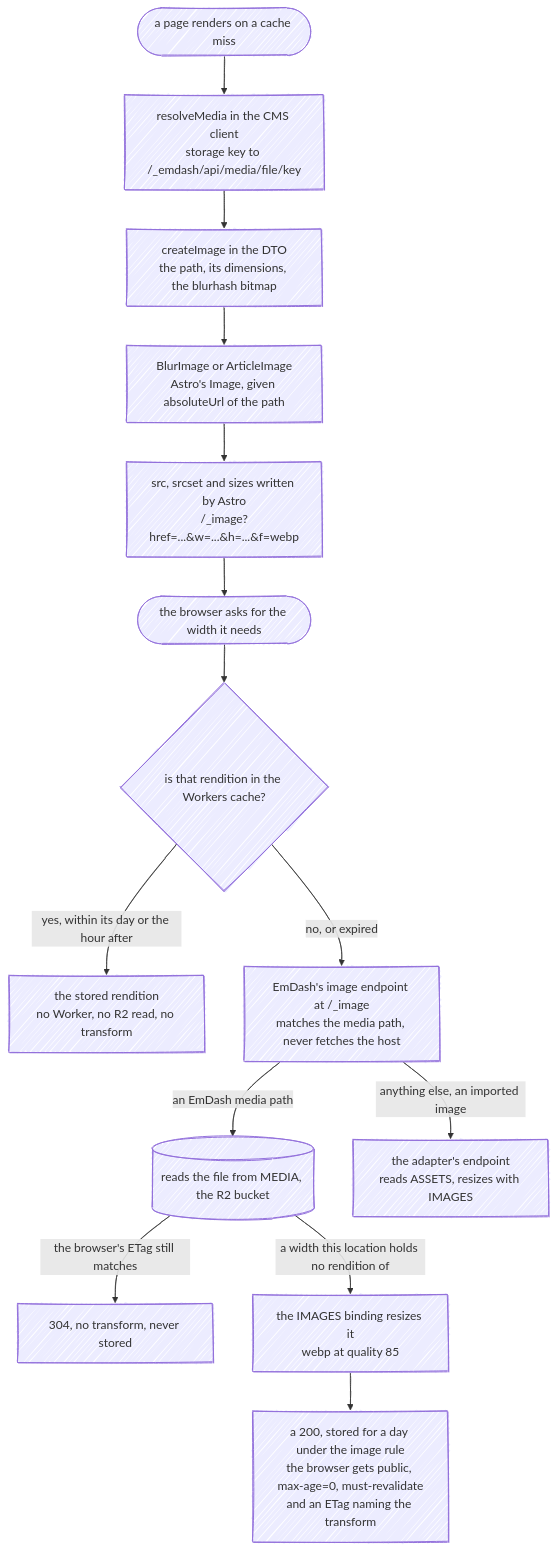
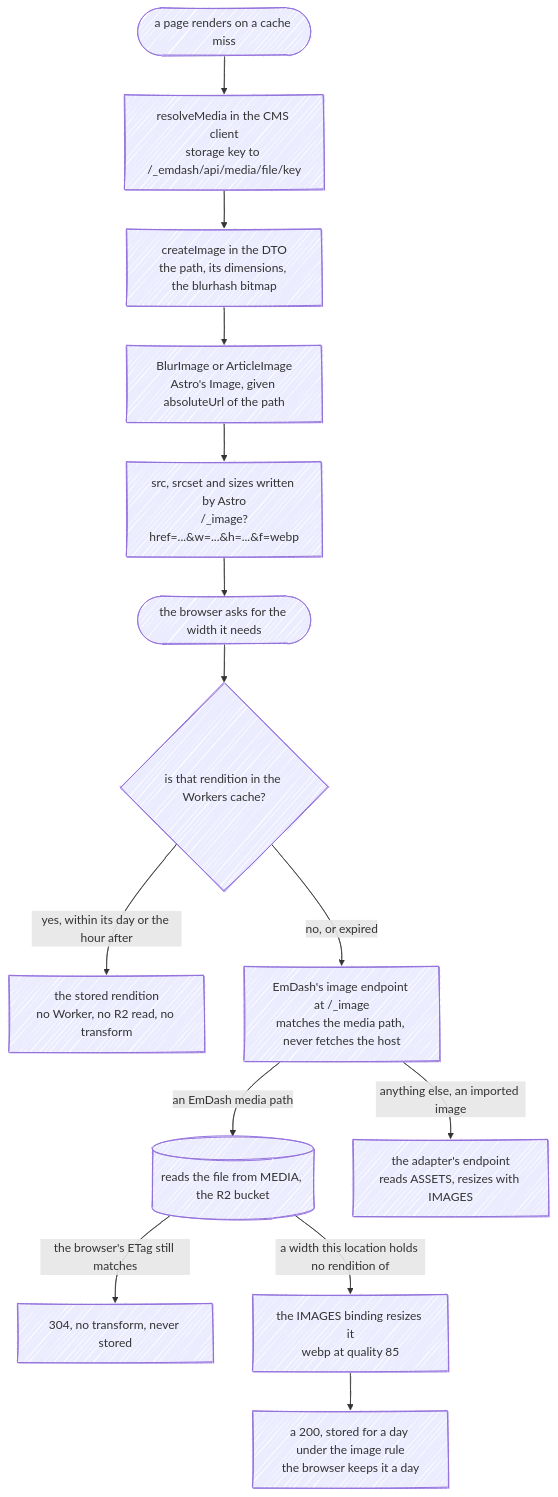
One commit to fbuireu/biancafiore changed the third of 4 diagrams in docs/wiki/Request-Lifecycle.md. Above: the diagram before and after it, drawn with Mermaid. The commit also changed other lines of this file and 35 other files, not shown here.

````diff
--- a/docs/wiki/Request-Lifecycle.md
+++ b/docs/wiki/Request-Lifecycle.md
@@ -152,21 +152,21 @@
 ```mermaid
 ---
 config:
   look: handDrawn
   layout: dagre
 ---
 flowchart TB
     render(["a page renders on a cache miss"]) --> resolve["resolveMedia in the CMS client<br/>storage key to /_emdash/api/media/file/key"]
     resolve --> create["createImage in the DTO<br/>the path, its dimensions, the blurhash bitmap"]
     create --> component["BlurImage or ArticleImage<br/>Astro's Image, given absoluteUrl of the path"]
     component --> html["src, srcset and sizes written by Astro<br/>/_image?href=...&w=...&h=...&f=webp"]
     html --> browser(["the browser asks for the width it needs"])
     browser --> held{"is that rendition in the Workers cache?"}
     held -- "yes, within its day or the hour after" --> stored["the stored rendition<br/>no Worker, no R2 read, no transform"]
     held -- "no, or expired" --> endpoint["EmDash's image endpoint at /_image<br/>matches the media path, never fetches the host"]
     endpoint -- "an EmDash media path" --> read[("reads the file from MEDIA, the R2 bucket")]
     read -- "the browser's ETag still matches" --> notModified["304, no transform, never stored"]
     read -- "a width this location holds no rendition of" --> binding["the IMAGES binding resizes it<br/>webp at quality 85"]
-    binding --> answer["a 200, stored for a day under the image rule<br/>the browser gets public, max-age=0, must-revalidate<br/>and an ETag naming the transform"]
+    binding --> answer["a 200, stored for a day under the image rule<br/>the browser keeps it a day"]
     endpoint -- "anything else, an imported image" --> stock["the adapter's endpoint<br/>reads ASSETS, resizes with IMAGES"]
 ```
````
